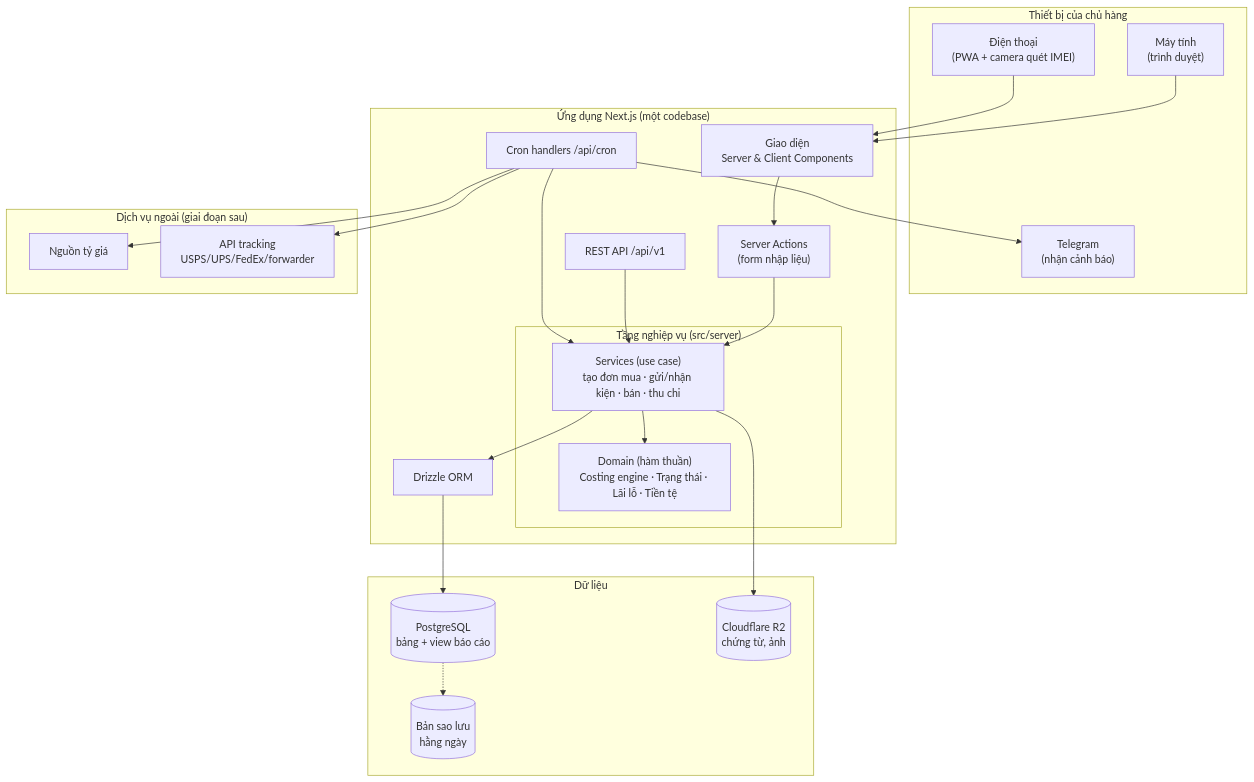
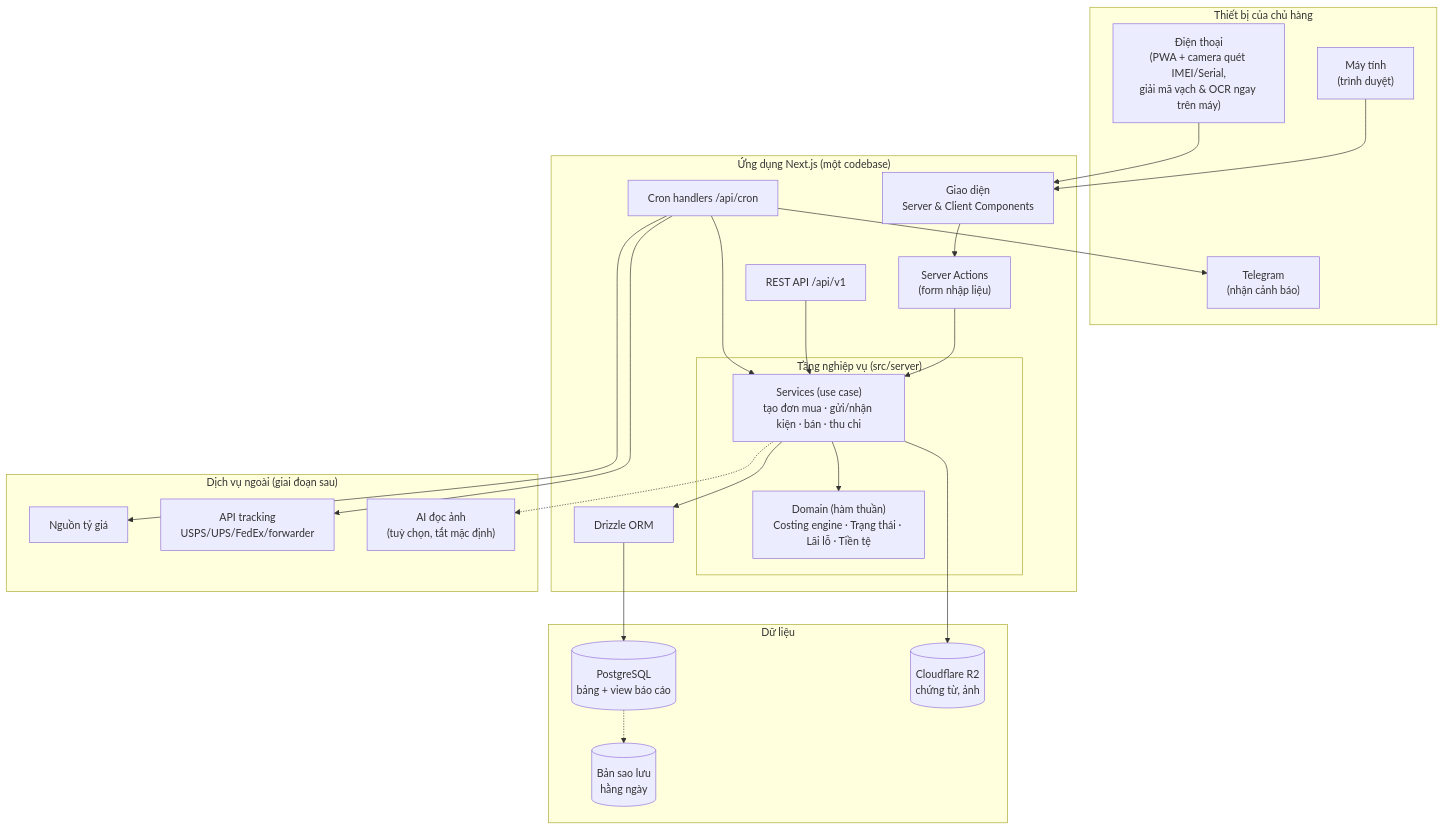
One commit to willmichco/iPre-He-Thong-Quan-Tri changed the first of 2 diagrams in docs/02-kien-truc.md. Above: the diagram before and after it, drawn with Mermaid. The commit also changed other lines of this file and 8 other files, not shown here.

First line of the commit message:
Thiết kế quét IMEI/Serial/mã máy bằng hình ảnh và khung nhập liệu tay

````diff
--- a/docs/02-kien-truc.md
+++ b/docs/02-kien-truc.md
@@ -61,44 +63,46 @@
 ```mermaid
 flowchart TB
     subgraph Client["Thiết bị của chủ hàng"]
         PC["Máy tính<br/>(trình duyệt)"]
-        Phone["Điện thoại<br/>(PWA + camera quét IMEI)"]
+        Phone["Điện thoại<br/>(PWA + camera quét IMEI/Serial,<br/>giải mã vạch & OCR ngay trên máy)"]
         TG["Telegram<br/>(nhận cảnh báo)"]
     end
 
     subgraph App["Ứng dụng Next.js (một codebase)"]
         UI["Giao diện<br/>Server & Client Components"]
         SA["Server Actions<br/>(form nhập liệu)"]
         API["REST API /api/v1"]
         CRON["Cron handlers /api/cron"]
         subgraph Core["Tầng nghiệp vụ (src/server)"]
             SVC["Services (use case)<br/>tạo đơn mua · gửi/nhận kiện · bán · thu chi"]
             DOM["Domain (hàm thuần)<br/>Costing engine · Trạng thái · Lãi lỗ · Tiền tệ"]
         end
         REPO["Drizzle ORM"]
     end
 
     subgraph Data["Dữ liệu"]
         PG[("PostgreSQL<br/>bảng + view báo cáo")]
         R2[("Cloudflare R2<br/>chứng từ, ảnh")]
         BK[("Bản sao lưu<br/>hằng ngày")]
     end
 
     subgraph Ext["Dịch vụ ngoài (giai đoạn sau)"]
         FX["Nguồn tỷ giá"]
         TRK["API tracking<br/>USPS/UPS/FedEx/forwarder"]
+        AI["AI đọc ảnh<br/>(tuỳ chọn, tắt mặc định)"]
     end
 
     PC --> UI
     Phone --> UI
     UI --> SA --> SVC
     API --> SVC
     CRON --> SVC
     SVC --> DOM
     SVC --> REPO --> PG
     SVC --> R2
+    SVC -.-> AI
     CRON --> FX
     CRON --> TRK
     CRON --> TG
     PG -.-> BK
 ```
````
